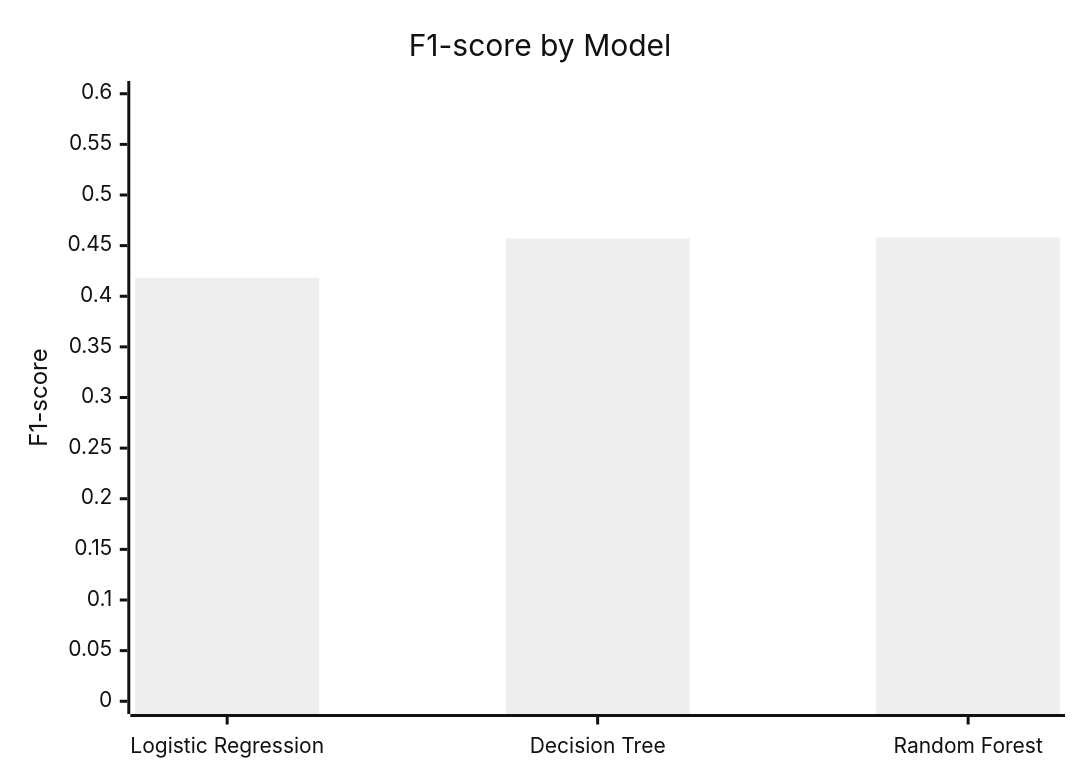
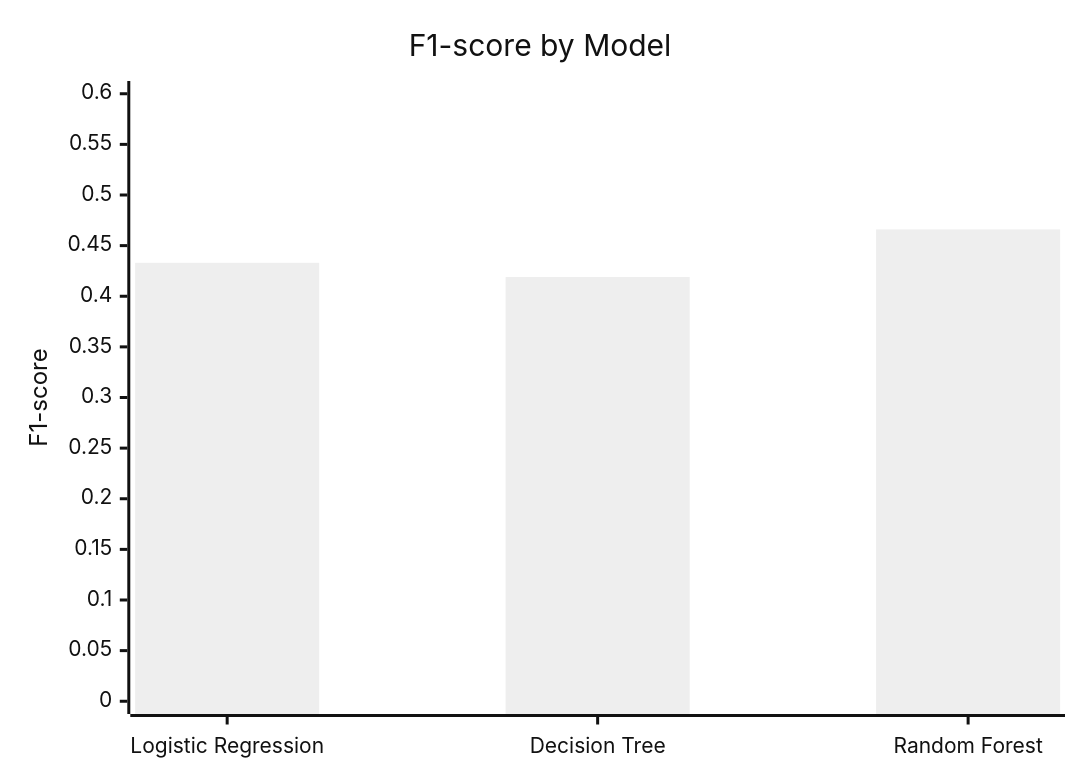
Before and after one commit to sidhantds/Insurance-Churn-Prediction: the fifth of 7 diagrams in README.md, drawn with Mermaid (neutral theme). The commit also changed other lines of this file, not shown here.

````diff
--- a/README.md
+++ b/README.md
@@ -135,7 +141,7 @@
 ```mermaid
 xychart-beta
     title "F1-score by Model"
     x-axis ["Logistic Regression", "Decision Tree", "Random Forest"]
     y-axis "F1-score" 0 --> 0.6
-    bar [0.418, 0.457, 0.458]
+    bar [0.433, 0.419, 0.466]
 ```
````
